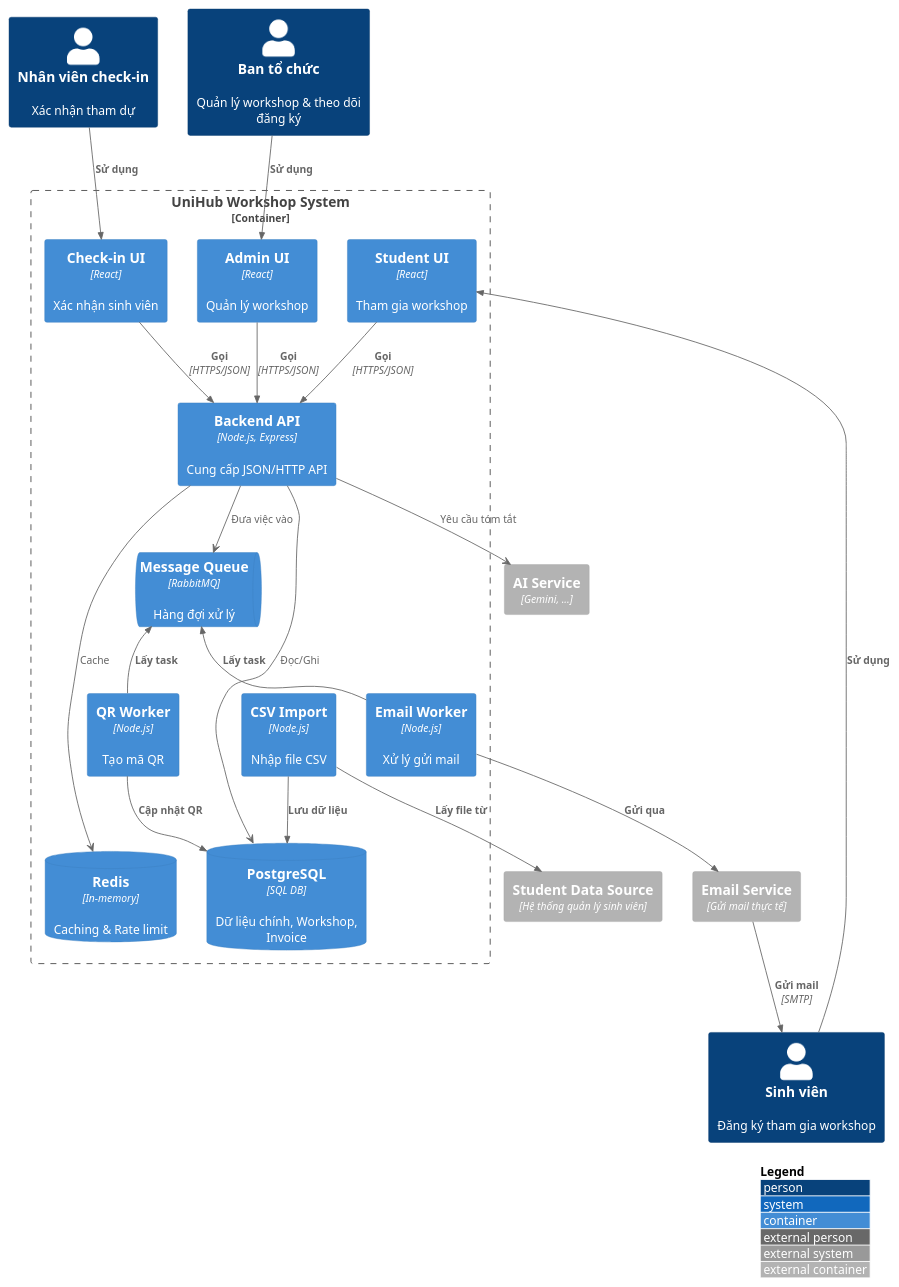
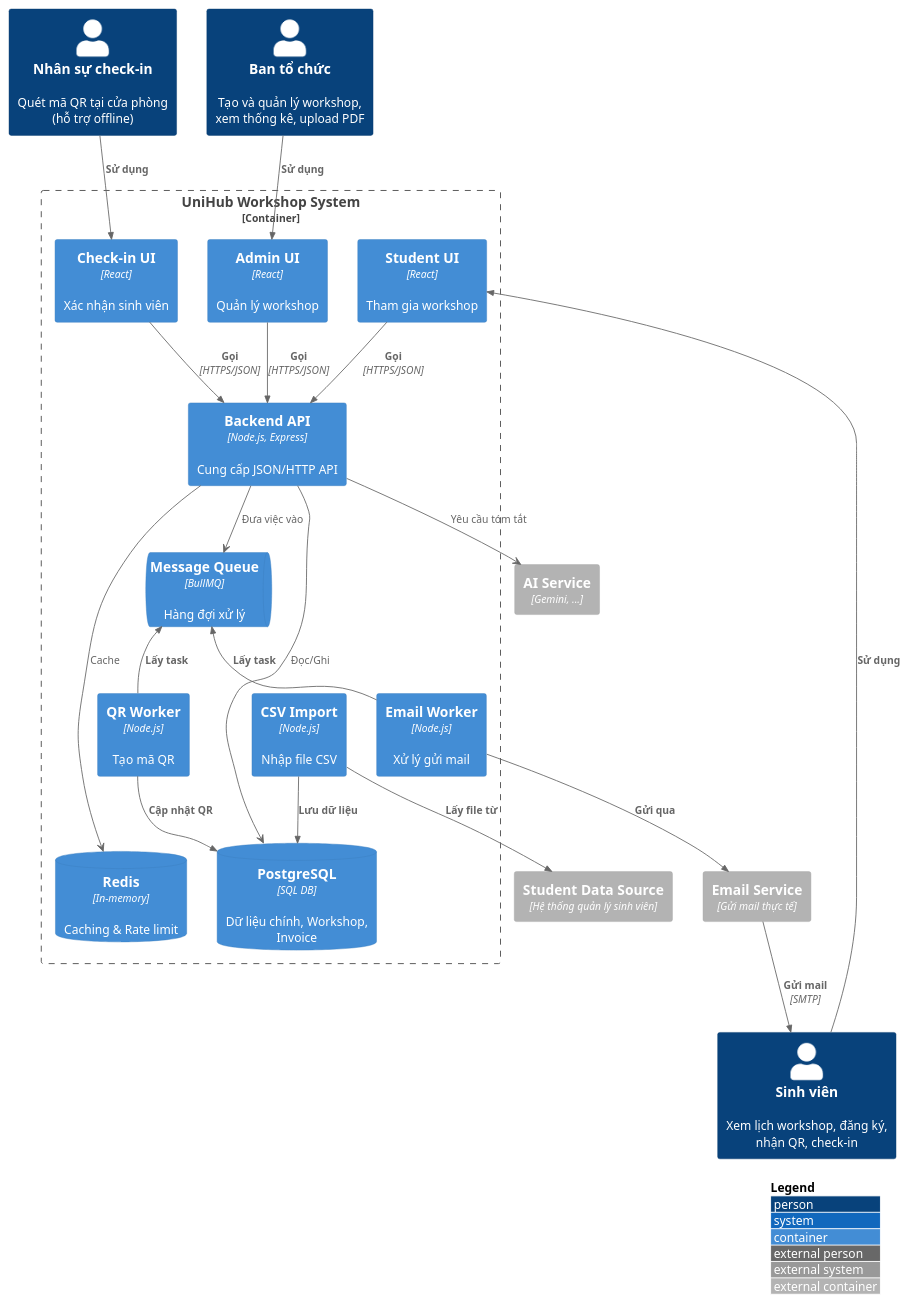
Before and after one commit to thienphu-1910/UniHub: the second of 2 diagrams in blueprint/design.md, drawn with PlantUML. The commit also changed other lines of this file, not shown here.

````diff
--- a/blueprint/design.md
+++ b/blueprint/design.md
@@ -15,79 +48,79 @@
 ```plantuml
 @startuml Level 2 - Container Diagram
 !include https://raw.githubusercontent.com/plantuml-stdlib/C4-PlantUML/master/C4_Container.puml
 
 LAYOUT_TOP_DOWN()
 LAYOUT_WITH_LEGEND()
 
 ' Actors
-Person(organizer, "Ban tổ chức", "Quản lý workshop & theo dõi đăng ký")
-Person(student, "Sinh viên", "Đăng ký tham gia workshop")
-Person(employee, "Nhân viên check-in", "Xác nhận tham dự")
+Person(student, "Sinh viên", "Xem lịch workshop, đăng ký,\nnhận QR, check-in")
+Person(organizer, "Ban tổ chức", "Tạo và quản lý workshop,\nxem thống kê, upload PDF")
+Person(checkin_staff, "Nhân sự check-in", "Quét mã QR tại cửa phòng\n(hỗ trợ offline)")
 
 Container_Boundary(c1, "UniHub Workshop System") {
     
     ' Row 1: SPAs
     Container(spa_org, "Admin UI", "React", "Quản lý workshop")
     Container(spa_std, "Student UI", "React", "Tham gia workshop")
     Container(spa_cie, "Check-in UI", "React", "Xác nhận sinh viên")
 
     ' Row 2: Backend (Đứng riêng biệt)
     Container(backend, "Backend API", "Node.js, Express", "Cung cấp JSON/HTTP API")
 
     ' Row 3: Internal Services & Queue
-    ContainerQueue(mq, "Message Queue", "RabbitMQ", "Hàng đợi xử lý")
+    ContainerQueue(mq, "Message Queue", "BullMQ", "Hàng đợi xử lý")
     Container(qr_consumer, "QR Worker", "Node.js", "Tạo mã QR")
     Container(email_consumer, "Email Worker", "Node.js", "Xử lý gửi mail")
     Container(csv_service, "CSV Import", "Node.js", "Nhập file CSV")
 
     ' Row 4: Databases (Nằm cùng hàng)
     ContainerDb(postgresql, "PostgreSQL", "SQL DB", "Dữ liệu chính, Workshop, Invoice")
     ContainerDb(redis, "Redis", "In-memory", "Caching & Rate limit")
 }
 
 ' External Services (Phía dưới)
 Container_Ext(ai_service, "AI Service", "Gemini, ...")
 Container_Ext(email_service, "Email Service", "Gửi mail thực tế")
 Container_Ext(std_export, "Student Data Source", "Hệ thống quản lý sinh viên")
 
 ' Relationships: Actors to UI
 Rel(organizer, spa_org, "Sử dụng")
 Rel(student, spa_std, "Sử dụng")
-Rel(employee, spa_cie, "Sử dụng")
+Rel(checkin_staff, spa_cie, "Sử dụng")
 
 ' UI to Backend (Tất cả hội tụ về Backend)
 Rel(spa_org, backend, "Gọi", "HTTPS/JSON")
 Rel(spa_std, backend, "Gọi", "HTTPS/JSON")
 Rel(spa_cie, backend, "Gọi", "HTTPS/JSON")
 
 ' Backend to Queue and Logic
 backend -down-> mq : "Đưa việc vào"
 backend -down-> ai_service : "Yêu cầu tóm tắt"
 
 ' Backend to DBs (Tạo hàng riêng cho DB)
 backend -down-> postgresql : "Đọc/Ghi"
 backend -down-> redis : "Cache"
 
 ' Workers logic
 Rel(qr_consumer, mq, "Lấy task")
 Rel(qr_consumer, postgresql, "Cập nhật QR")
 
 Rel(email_consumer, mq, "Lấy task")
 Rel(email_consumer, email_service, "Gửi qua")
 Rel(email_service, student, "Gửi mail", "SMTP")
 
 Rel(csv_service, std_export, "Lấy file từ")
 Rel(csv_service, postgresql, "Lưu dữ liệu")
 
 ' Layout Adjustments to force rows
 Lay_R(spa_org, spa_std)
 Lay_R(spa_std, spa_cie)
 
 Lay_R(mq, qr_consumer)
 Lay_R(qr_consumer, email_consumer)
 Lay_R(email_consumer, csv_service)
 
 Lay_R(postgresql, redis)
 
 @enduml
 ```
````
